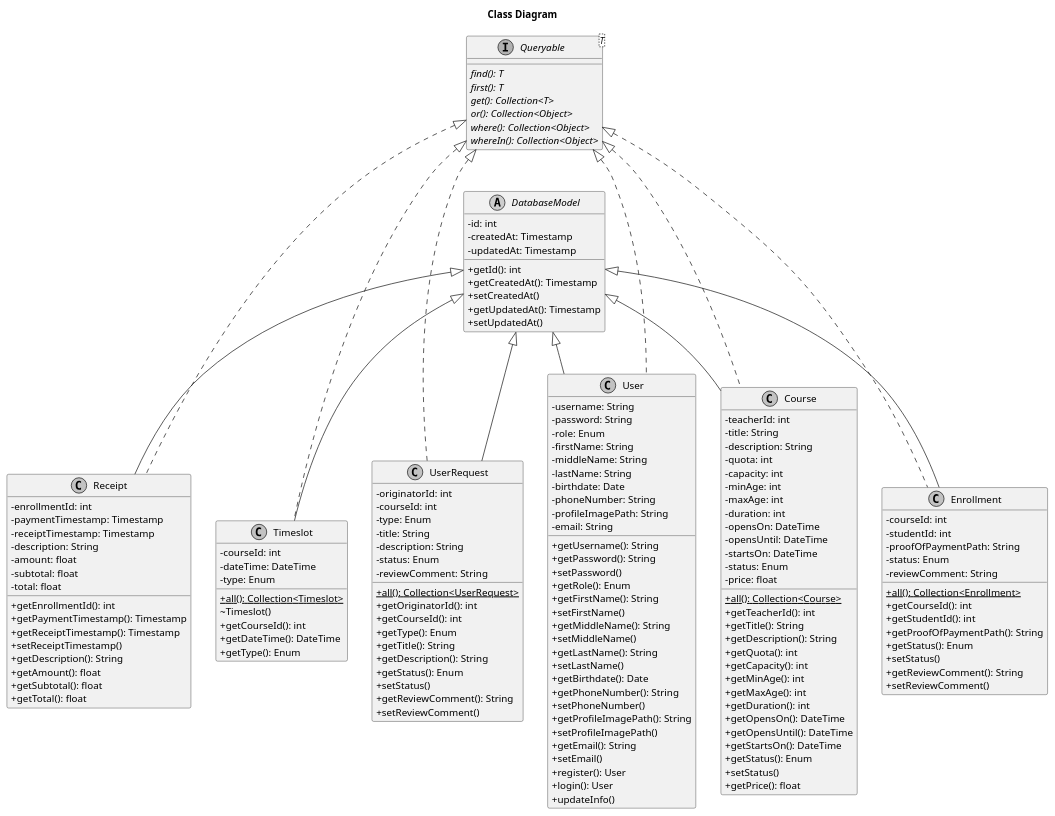
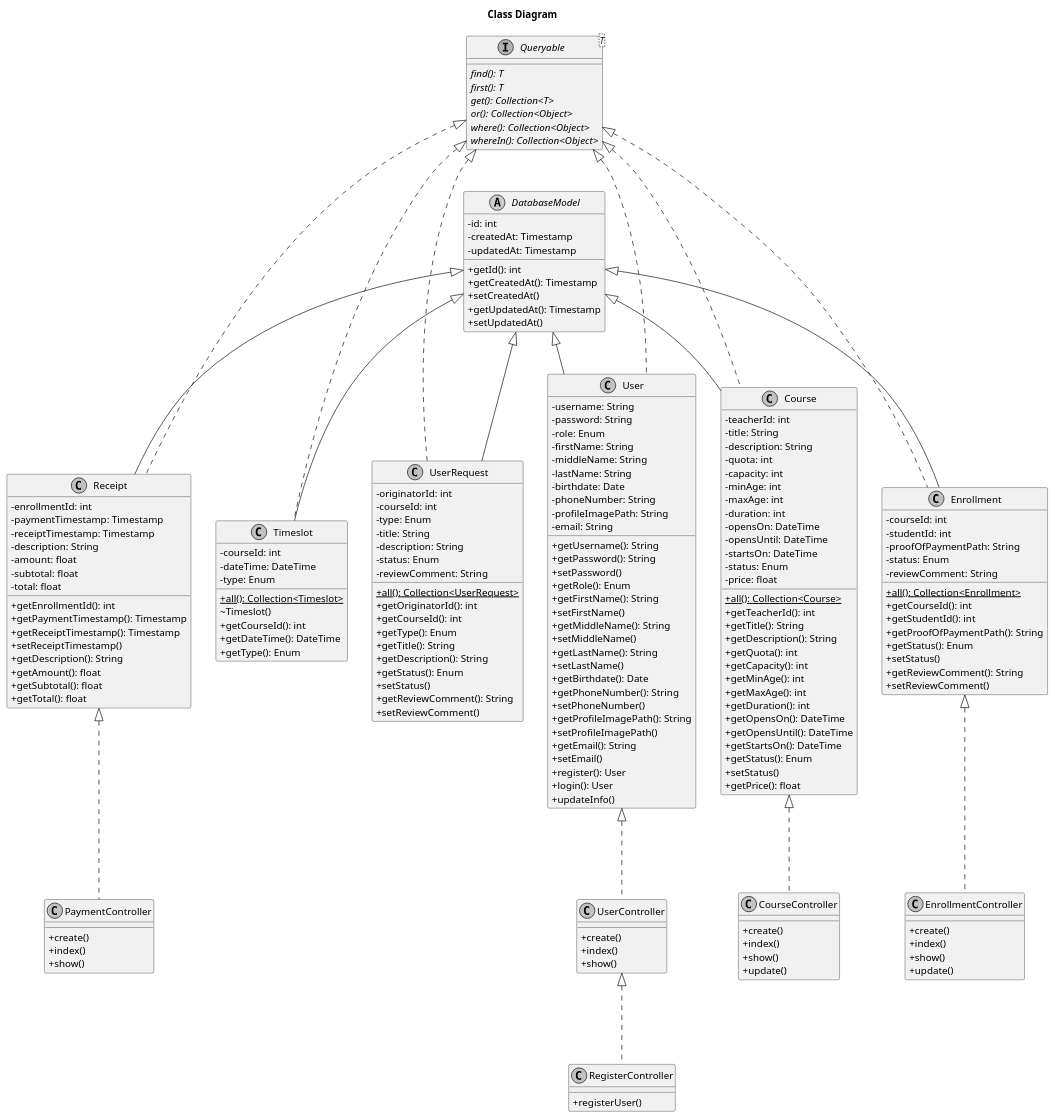
Before and after one commit to SaluteKevin/AQkid: the diagram in Documentation/design/diagrams/source/aqkids-class.puml, drawn with PlantUML. The commit also changed 39 other files, not shown here.

Commit message:
Revise diagrams -- final

```diff
--- a/Documentation/design/diagrams/source/aqkids-class.puml
+++ b/Documentation/design/diagrams/source/aqkids-class.puml
@@ -169,6 +169,36 @@
     {method} +setReviewComment()
 }
 
+class UserController {
+    {method} +create()
+    {method} +index()
+    {method} +show()
+}
+
+class RegisterController {
+    {method} +registerUser()
+}
+
+class CourseController {
+    {method} +create()
+    {method} +index()
+    {method} +show()
+    {method} +update()
+}
+
+class EnrollmentController {
+    {method} +create()
+    {method} +index()
+    {method} +show()
+    {method} +update()
+}
+
+class PaymentController {
+    {method} +create()
+    {method} +index()
+    {method} +show()
+}
+
 DatabaseModel <|-- User
 DatabaseModel <|-- Course
 DatabaseModel <|-- Enrollment
@@ -182,4 +212,11 @@
 Queryable <|... Receipt
 Queryable <|... Timeslot
 Queryable <|... UserRequest
+
+User <|... UserController
+UserController <|... RegisterController
+Course <|... CourseController
+Enrollment <|... EnrollmentController
+Receipt <|... PaymentController
+
 @enduml
```
